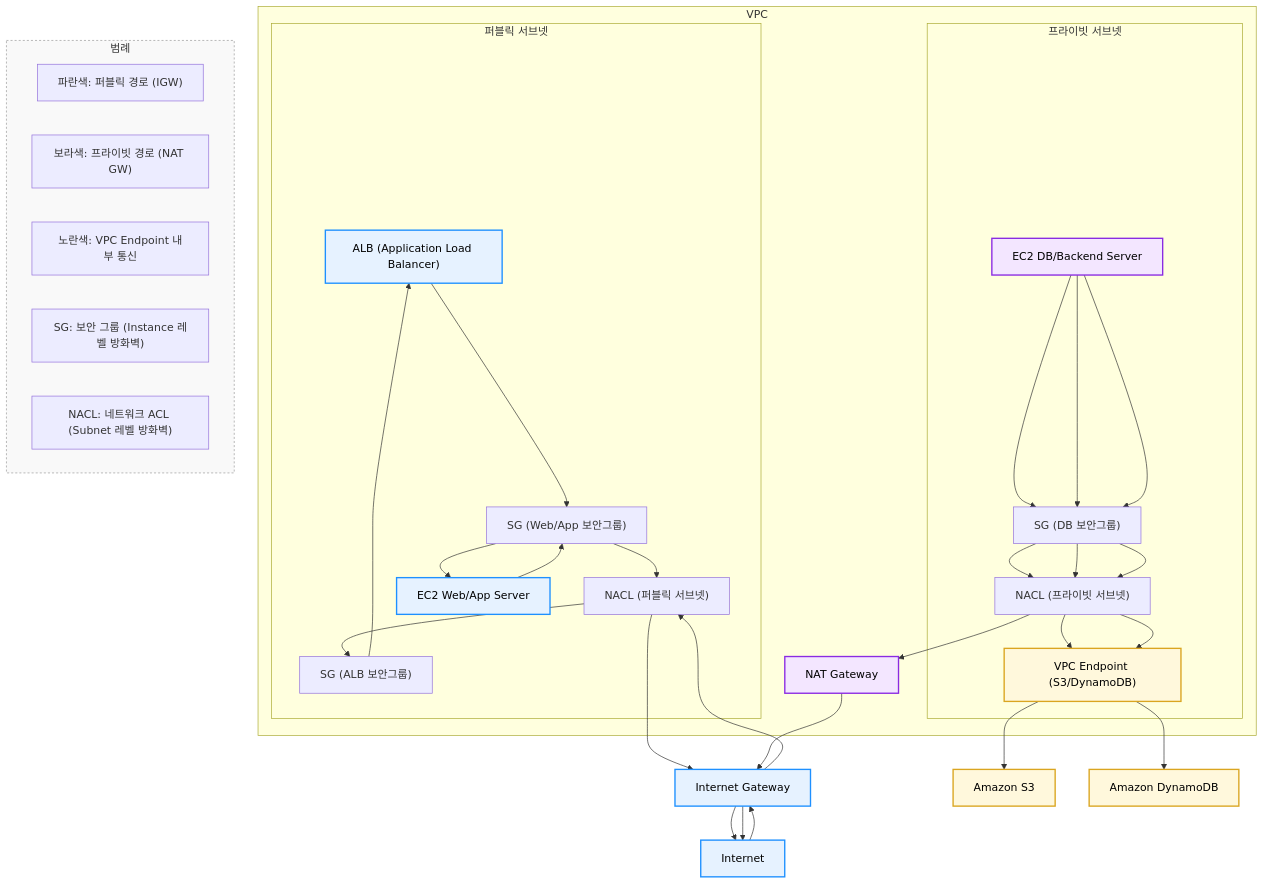
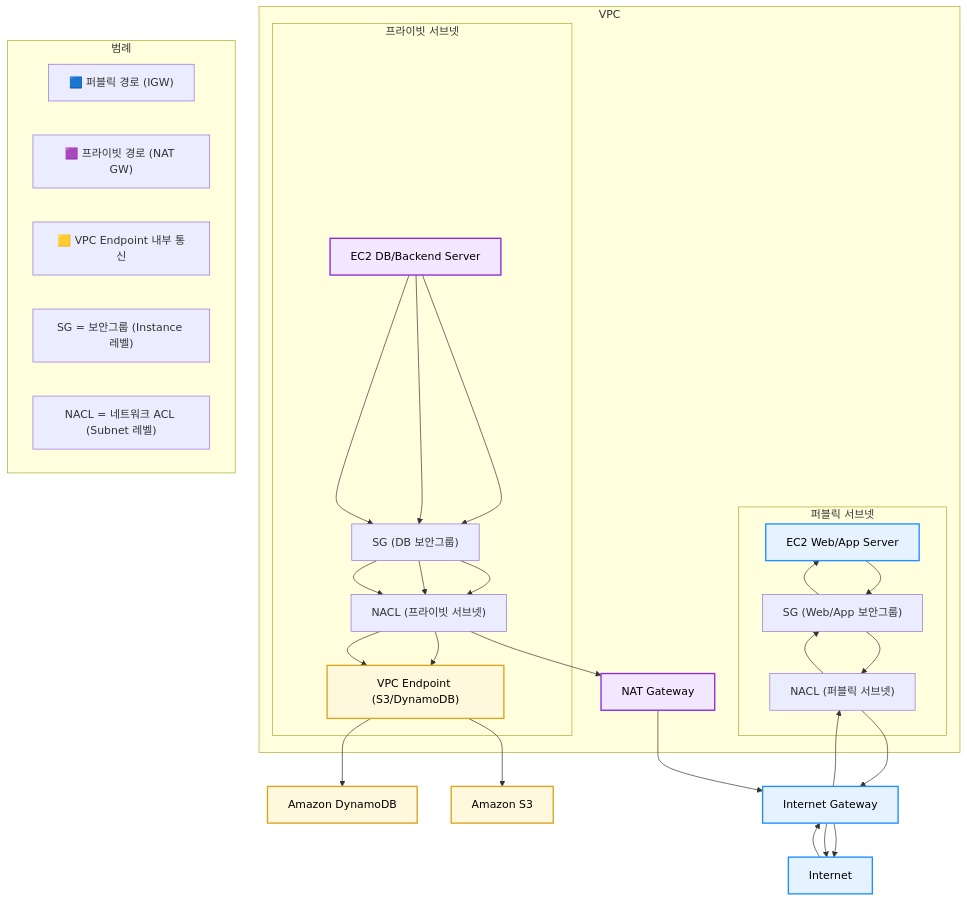
The diagram in 03-week03.md/kjj.md (JAVACAFE-STUDY/2025-aws-saa), drawn with Mermaid before and after one commit.

````diff
--- a/03-week03.md/kjj.md
+++ b/03-week03.md/kjj.md
@@ -162,64 +162,58 @@
 ```mermaid
 graph TB
     subgraph VPC["VPC"]
 
         %% 퍼블릭 서브넷
         subgraph PUB["퍼블릭 서브넷"]
-            ALB["ALB (Application Load Balancer)"]
-            SG_ALB["SG (ALB 보안그룹)"]
-            NACL_PUB["NACL (퍼블릭 서브넷)"]
-
             EC2_PUB["EC2 Web/App Server"]
             SG_WEB["SG (Web/App 보안그룹)"]
+            NACL_PUB["NACL (퍼블릭 서브넷)"]
         end
 
         %% 프라이빗 서브넷
         subgraph PRI["프라이빗 서브넷"]
             EC2_PRI["EC2 DB/Backend Server"]
             SG_DB["SG (DB 보안그룹)"]
             NACL_PRI["NACL (프라이빗 서브넷)"]
 
             VPCE["VPC Endpoint (S3/DynamoDB)"]
         end
 
         NATGW["NAT Gateway"]
     end
 
     IGW["Internet Gateway"]
     Internet["Internet"]
     S3["Amazon S3"]
     DDB["Amazon DynamoDB"]
 
-    %% 퍼블릭 경로
-    Internet --> IGW --> NACL_PUB --> SG_ALB --> ALB --> SG_WEB --> EC2_PUB
-
-    %% 퍼블릭 EC2에서 인터넷 아웃바운드
+    %% 퍼블릭 → 인터넷 경로
+    Internet --> IGW --> NACL_PUB --> SG_WEB --> EC2_PUB
     EC2_PUB --> SG_WEB --> NACL_PUB --> IGW --> Internet
 
     %% 프라이빗 → 인터넷 (NAT)
     EC2_PRI --> SG_DB --> NACL_PRI --> NATGW --> IGW --> Internet
 
-    %% 프라이빗 → 엔드포인트 직접 통신
+    %% 프라이빗 → VPC 엔드포인트 (내부 통신)
     EC2_PRI --> SG_DB --> NACL_PRI --> VPCE --> S3
     EC2_PRI --> SG_DB --> NACL_PRI --> VPCE --> DDB
 
-    %% 스타일 정의
+    %% 색상 스타일
     classDef pubPath fill:#e6f2ff,stroke:#1e90ff,stroke-width:2px,color:#000;
     classDef priPath fill:#f3e6ff,stroke:#8a2be2,stroke-width:2px,color:#000;
     classDef endpoint fill:#fff8dc,stroke:#daa520,stroke-width:2px,color:#000;
 
-    class ALB,EC2_PUB,IGW,Internet pubPath;
+    class EC2_PUB,IGW,Internet pubPath;
     class EC2_PRI,NATGW priPath;
     class VPCE,S3,DDB endpoint;
 
     %% 범례
     subgraph Legend["범례"]
-        L1["파란색: 퍼블릭 경로 (IGW)"]
-        L2["보라색: 프라이빗 경로 (NAT GW)"]
-        L3["노란색: VPC Endpoint 내부 통신"]
-        L4["SG: 보안 그룹 (Instance 레벨 방화벽)"]
-        L5["NACL: 네트워크 ACL (Subnet 레벨 방화벽)"]
+        L1["🟦 퍼블릭 경로 (IGW)"]
+        L2["🟪 프라이빗 경로 (NAT GW)"]
+        L3["🟨 VPC Endpoint 내부 통신"]
+        L4["SG = 보안그룹 (Instance 레벨)"]
+        L5["NACL = 네트워크 ACL (Subnet 레벨)"]
     end
-    style Legend fill:#f9f9f9,stroke:#999,stroke-dasharray: 3 3
 
 ```
````
